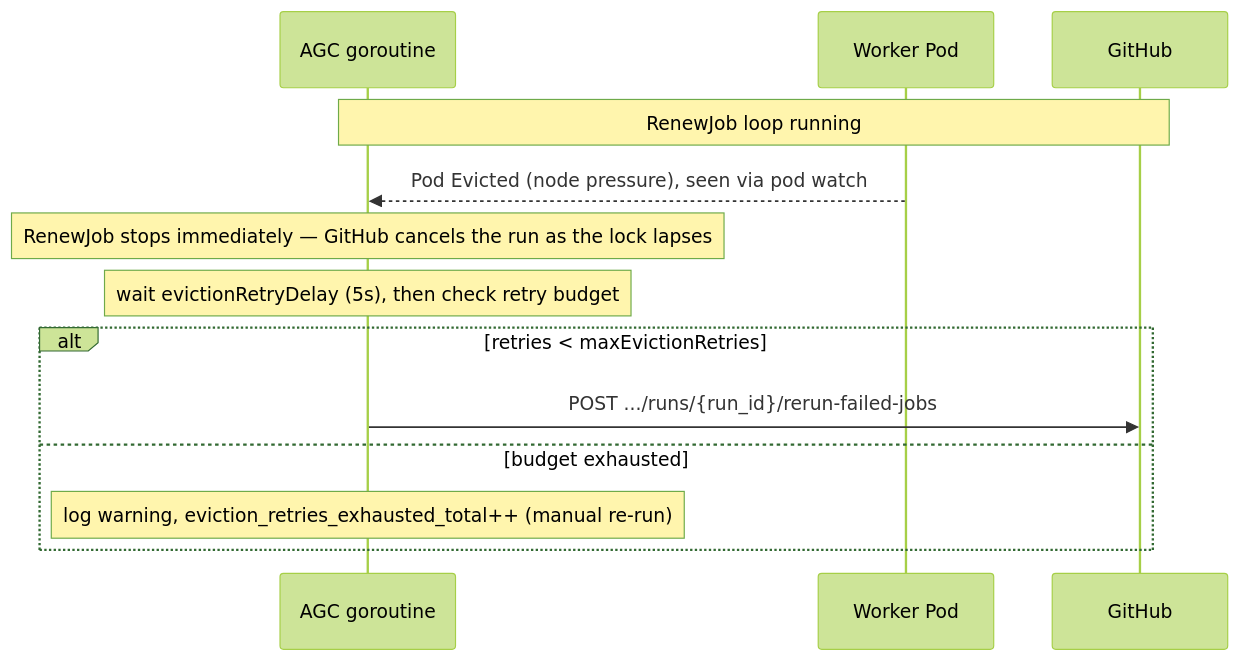
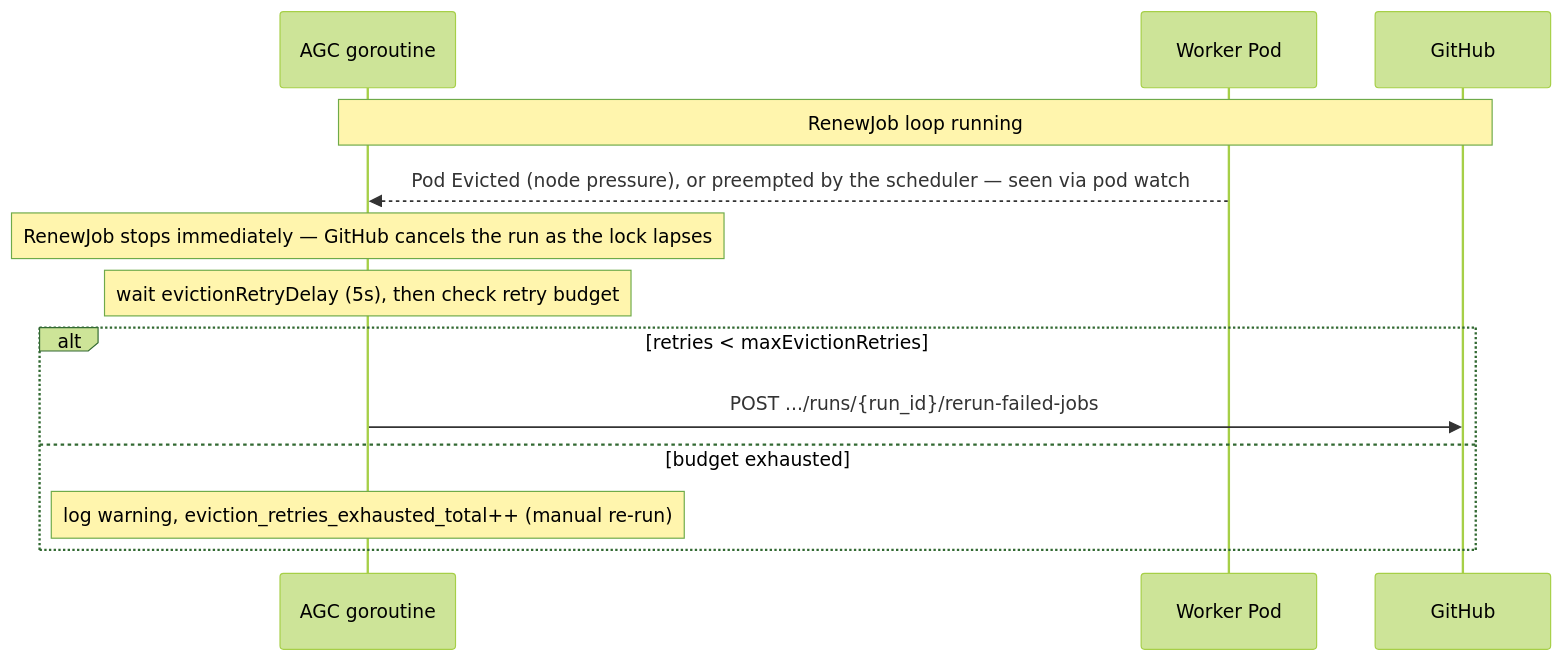
One commit to actions-gateway/github-actions-gateway changed the sixth of 9 diagrams in docs/design/04-operational-flows.md. Above: the diagram before and after it, drawn with Mermaid (forest theme). The commit also changed other lines of this file and 31 other files, not shown here.

````diff
--- a/docs/design/04-operational-flows.md
+++ b/docs/design/04-operational-flows.md
@@ -226,15 +226,15 @@
 ```mermaid
 sequenceDiagram
     participant A as AGC goroutine
     participant W as Worker Pod
     participant GH as GitHub
     Note over A,GH: RenewJob loop running
-    W-->>A: Pod Evicted (node pressure), seen via pod watch
+    W-->>A: Pod Evicted (node pressure), or preempted by the scheduler — seen via pod watch
     Note over A: RenewJob stops immediately — GitHub cancels the run as the lock lapses
     Note over A: wait evictionRetryDelay (5s), then check retry budget
     alt retries < maxEvictionRetries
         A->>GH: POST .../runs/{run_id}/rerun-failed-jobs
     else budget exhausted
         Note over A: log warning, eviction_retries_exhausted_total++ (manual re-run)
     end
 ```
````
